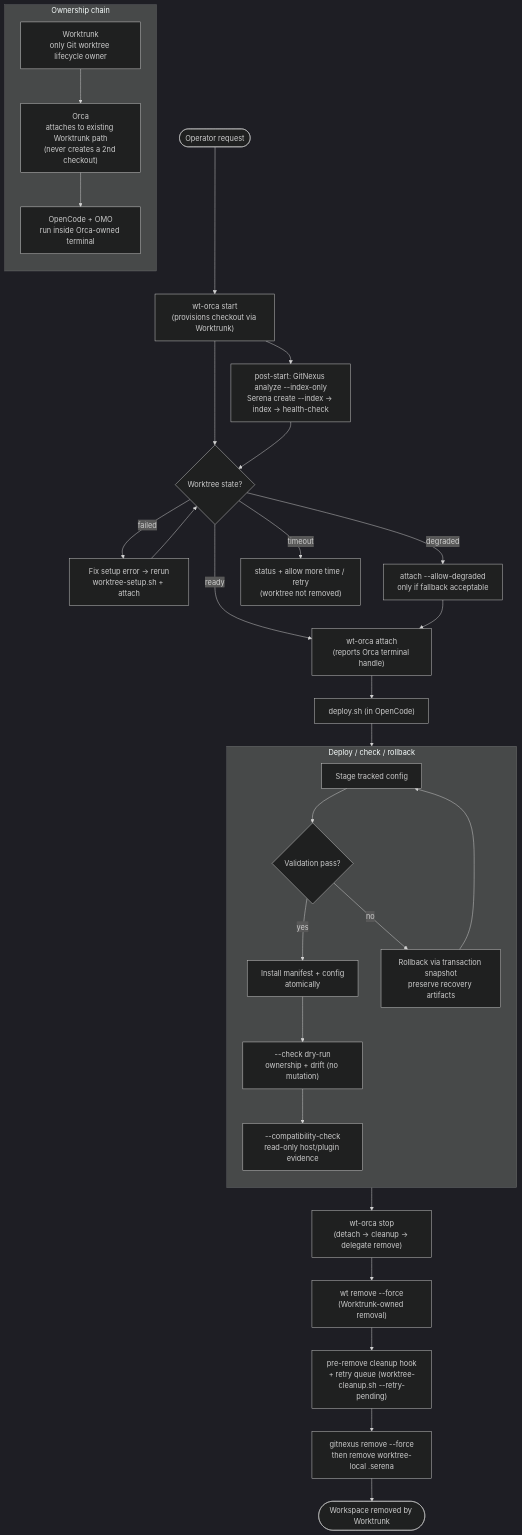
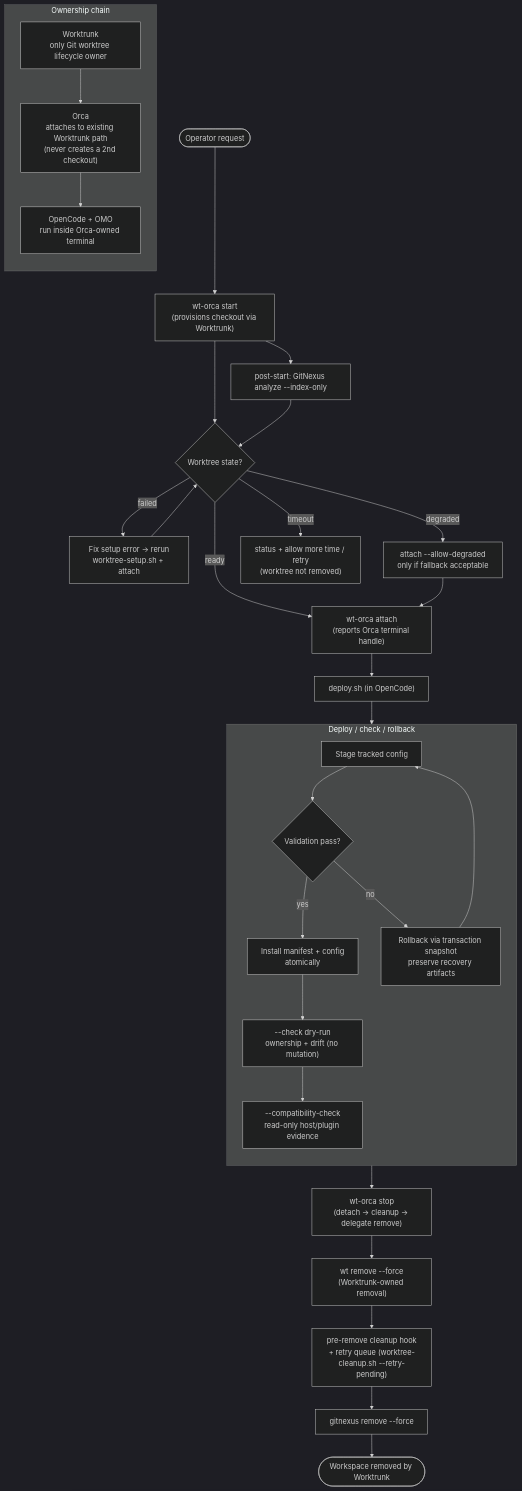
The diagram in docs/graphs/workspace-lifecycle.mmd (guilhermemmb/ai-rules), drawn with Mermaid (dark theme) before and after one commit. The commit also changed 3 other files, not shown here.

Commit message:
docs(worktree): document GitNexus-only lifecycle

```diff
--- a/docs/graphs/workspace-lifecycle.mmd
+++ b/docs/graphs/workspace-lifecycle.mmd
@@ -1,49 +1,49 @@
 %% Workspace and deployment lifecycle (current behavior)
 %% See docs/workflows.md; source: README.md, deploy.sh
 
 flowchart TD
     START(["Operator request"])
 
     subgraph OWNER["Ownership chain"]
         direction TB
         WT["Worktrunk<br/>only Git worktree lifecycle owner"]
         ORCA["Orca<br/>attaches to existing Worktrunk path<br/>(never creates a 2nd checkout)"]
         OC["OpenCode + OMO<br/>run inside Orca-owned terminal"]
         WT --> ORCA --> OC
     end
 
     START --> PROVISION["wt-orca start<br/>(provisions checkout via Worktrunk)"]
     PROVISION --> READY{"Worktree state?"}
 
-    PROVISION --> INTELLIGENCE["post-start: GitNexus analyze --index-only<br/>Serena create --index → index → health-check"]
+    PROVISION --> INTELLIGENCE["post-start: GitNexus analyze --index-only"]
     INTELLIGENCE --> READY
 
     READY -->|"ready"| ATTACH["wt-orca attach<br/>(reports Orca terminal handle)"]
     READY -->|"failed"| RETRY["Fix setup error → rerun<br/>worktree-setup.sh + attach"]
     READY -->|"degraded"| DEGRADED["attach --allow-degraded<br/>only if fallback acceptable"]
     READY -->|"timeout"| TIMEOUT["status + allow more time / retry<br/>(worktree not removed)"]
     RETRY --> READY
     DEGRADED --> ATTACH
     ATTACH --> DEPLOY["deploy.sh (in OpenCode)"]
 
     subgraph DEPLOYLOOP["Deploy / check / rollback"]
         direction TB
         D1["Stage tracked config"]
         D2{"Validation pass?"}
         D3["Install manifest + config<br/>atomically"]
         D4["Rollback via transaction snapshot<br/>preserve recovery artifacts"]
         D5["--check dry-run<br/>ownership + drift (no mutation)"]
         D6["--compatibility-check<br/>read-only host/plugin evidence"]
     end
 
     DEPLOY --> D1 --> D2
     D2 -->|"yes"| D3
     D2 -->|"no"| D4
     D4 --> D1
     D3 --> D5 --> D6
 
     D6 --> DETACH["wt-orca stop<br/>(detach → cleanup → delegate remove)"]
     DETACH --> REMOVE["wt remove --force<br/>(Worktrunk-owned removal)"]
     REMOVE --> CLEANUP["pre-remove cleanup hook<br/>+ retry queue (worktree-cleanup.sh --retry-pending)"]
-    CLEANUP --> INTEL_CLEAN["gitnexus remove --force<br/>then remove worktree-local .serena"]
+    CLEANUP --> INTEL_CLEAN["gitnexus remove --force"]
     INTEL_CLEAN --> DONE(["Workspace removed by Worktrunk"])
```
